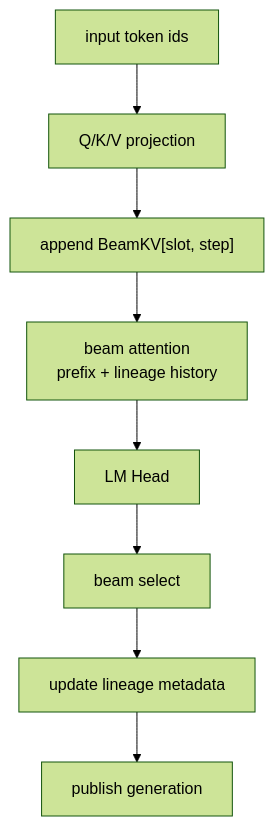
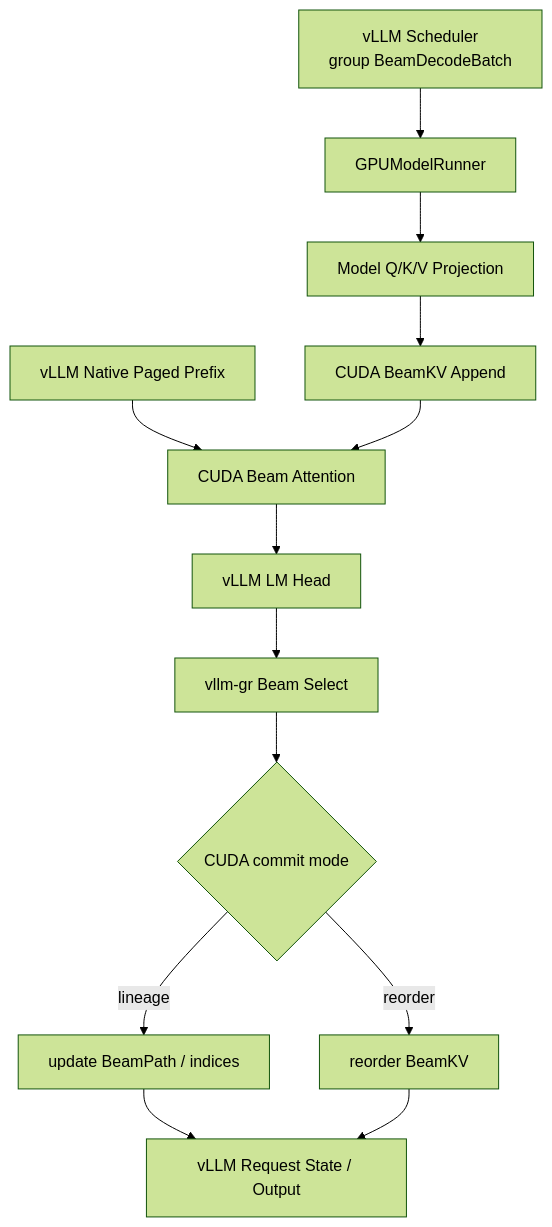
Before and after one commit to zhanghanleo10/gr-related: diagram 11 of 13 in GR/beam_incremental_decode_unified_architecture_design.md, drawn with Mermaid (forest theme). The commit also changed other lines of this file, not shown here.

Commit message:
docs: make Beam incremental decode architecture vLLM-first

````diff
--- a/GR/beam_incremental_decode_unified_architecture_design.md
+++ b/GR/beam_incremental_decode_unified_architecture_design.md
@@ -1108,10 +704,15 @@
 ```mermaid
 flowchart TB
-    IN["input token ids"] --> QKV["Q/K/V projection"]
-    QKV --> APP["append BeamKV[slot, step]"]
-    APP --> ATT["beam attention<br/>prefix + lineage history"]
-    ATT --> LM["LM Head"]
-    LM --> SEL["beam select"]
-    SEL --> LIN["update lineage metadata"]
-    LIN --> PUB["publish generation"]
+    SCH["vLLM Scheduler<br/>group BeamDecodeBatch"] --> MR["GPUModelRunner"]
+    MR --> QKV["Model Q/K/V Projection"]
+    QKV --> APP["CUDA BeamKV Append"]
+    NKV["vLLM Native Paged Prefix"] --> ATT["CUDA Beam Attention"]
+    APP --> ATT
+    ATT --> LM["vLLM LM Head"]
+    LM --> SEL["vllm-gr Beam Select"]
+    SEL --> COM{"CUDA commit mode"}
+    COM -->|lineage| LIN["update BeamPath / indices"]
+    COM -->|reorder| REO["reorder BeamKV"]
+    LIN --> OUT["vLLM Request State / Output"]
+    REO --> OUT
 ```
````
